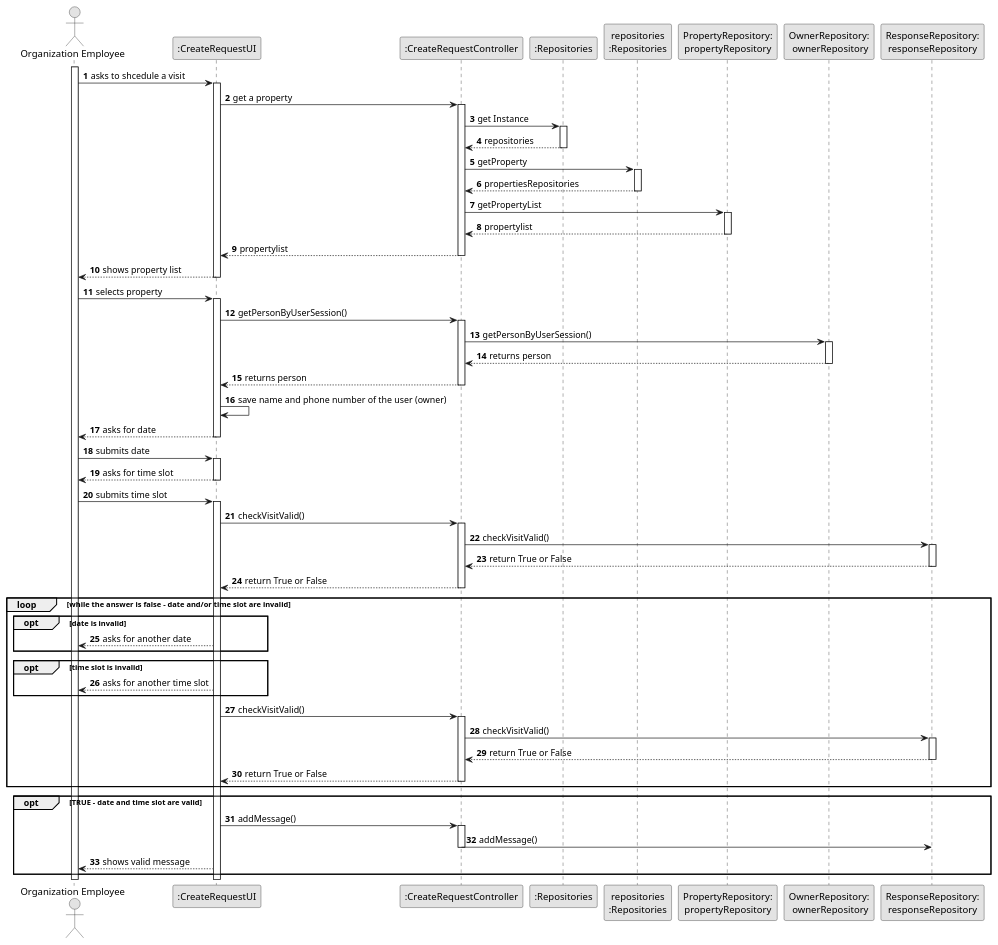
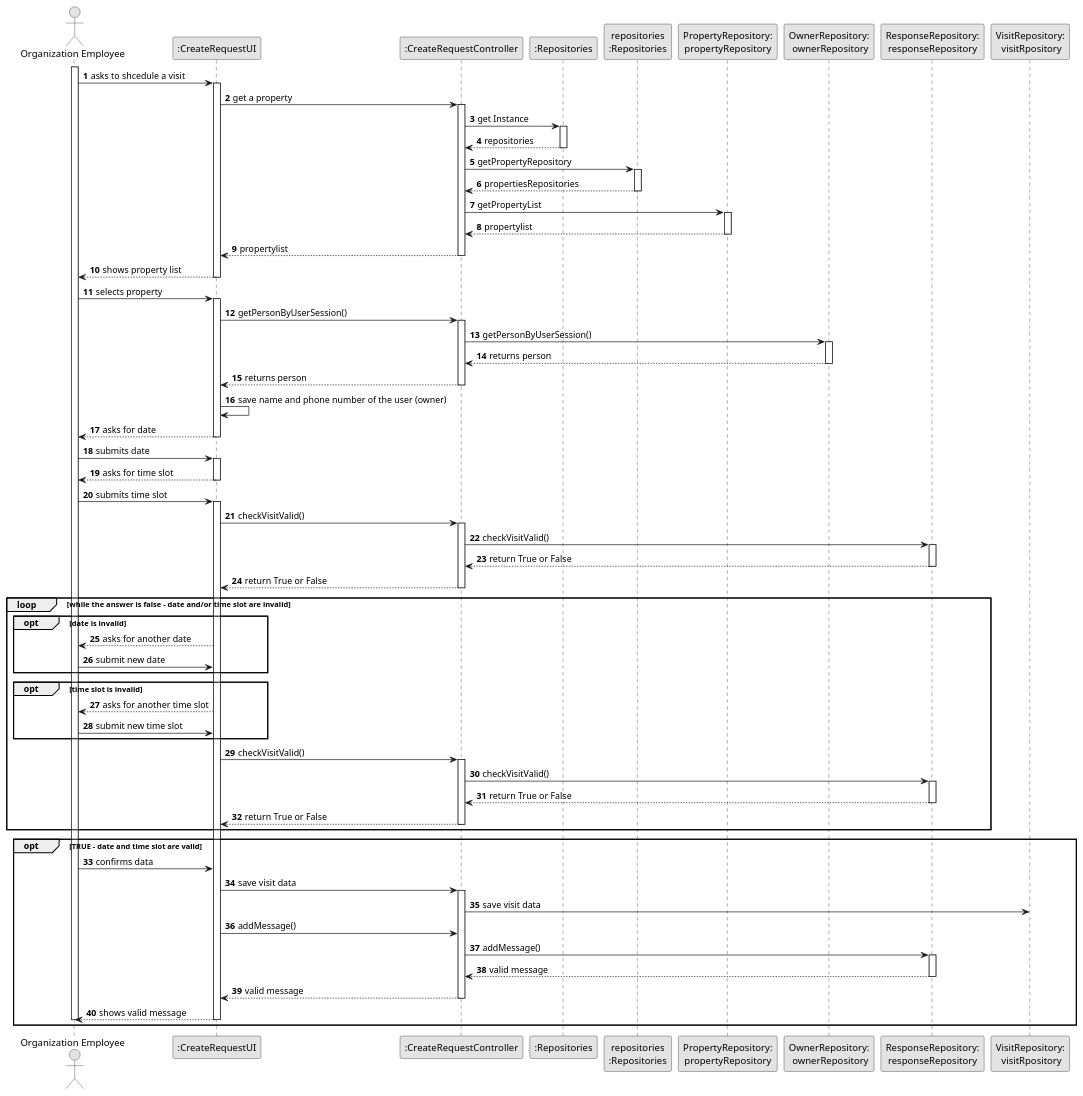
The diagram in docs/Sprint-C/US009/03.design/puml/us009-sequence-diagram-full.puml (Rodrick0209/ISEP-LAPR2-22-23), drawn with PlantUML before and after one commit. The commit also changed 18 other files, not shown here.

```diff
--- a/docs/Sprint-C/US009/03.design/puml/us009-sequence-diagram-full.puml
+++ b/docs/Sprint-C/US009/03.design/puml/us009-sequence-diagram-full.puml
@@ -1,124 +1,145 @@
 @startuml
 skinparam monochrome true
 skinparam packageStyle rectangle
 skinparam shadowing false
 
 autonumber
 
 'hide footbox
 actor "Organization Employee" as ADM
 participant ":CreateRequestUI" as UI
 participant ":CreateRequestController" as CTRL
 participant ":Repositories" as Rep
 participant "repositories\n:Repositories" as PLAT
 participant "PropertyRepository:\npropertyRepository" as PropRep
 participant "OwnerRepository:\n ownerRepository" as OwnRep
 participant "ResponseRepository:\nresponseRepository" as RespRep
+participant "VisitRepository:\n visitRpository" as VisRep
 
 activate ADM
 
         ADM -> UI : asks to shcedule a visit
         activate UI
 
         UI -> CTRL : get a property
-        activate CTRL
-        CTRL-> Rep : get Instance
-                activate Rep
-                Rep --> CTRL :repositories
-                deactivate Rep
+                               activate CTRL
+                               CTRL-> Rep : get Instance
+                                       activate Rep
+                               Rep --> CTRL :repositories
+                                       deactivate Rep
 
-        CTRL -> PLAT : getProperty
-                activate PLAT
-                PLAT--> CTRL : propertiesRepositories
-                deactivate PLAT
+                           CTRL -> PLAT : getPropertyRepository
+                                       activate PLAT
+                                       PLAT--> CTRL : propertiesRepositories
+                                       deactivate PLAT
 
-        CTRL -> PropRep : getPropertyList
-        activate PropRep
-        PropRep --> CTRL: propertylist
-        deactivate PropRep
+                               CTRL -> PropRep : getPropertyList
+                               activate PropRep
+                               PropRep --> CTRL: propertylist
+                               deactivate PropRep
 
-        CTRL --> UI : propertylist
-        deactivate CTRL
+                               CTRL --> UI : propertylist
+                               deactivate CTRL
 
         UI --> ADM : shows property list
         deactivate UI
 
 
     ADM -> UI :  selects property
     activate UI
 
     UI -> CTRL : getPersonByUserSession()
     activate CTRL
 
     CTRL -> OwnRep : getPersonByUserSession()
     activate OwnRep
 
     OwnRep --> CTRL : returns person
     deactivate OwnRep
 
     CTRL --> UI : returns person
     deactivate CTRL
 
     UI -> UI : save name and phone number of the user (owner)
 
     UI --> ADM : asks for date
     deactivate UI
 
     ADM -> UI :  submits date
     activate UI
 
     UI -->ADM : asks for time slot
     deactivate UI
 
     ADM -> UI : submits time slot
     activate UI
 
     UI -> CTRL : checkVisitValid()
         activate CTRL
 
     CTRL -> RespRep :  checkVisitValid()
     activate RespRep
 
     RespRep --> CTRL : return True or False
     deactivate RespRep
 
     CTRL --> UI : return True or False
     deactivate CTRL
 loop while the answer is false - date and/or time slot are invalid
 
 opt date is invalid
  UI --> ADM : asks for another date
+
+ ADM -> UI : submit new date
 end
 
 opt time slot is invalid
 UI --> ADM : asks for another time slot
+
+ADM -> UI : submit new time slot
 end
  UI -> CTRL : checkVisitValid()
         activate CTRL
 
     CTRL -> RespRep :  checkVisitValid()
     activate RespRep
 
     RespRep --> CTRL : return True or False
     deactivate RespRep
 
     CTRL --> UI : return True or False
     deactivate CTRL
 
 end
 
 opt TRUE - date and time slot are valid
 
+        ADM -> UI : confirms data
+
+        UI -> CTRL : save visit data
+        activate CTRL
+        CTRL -> VisRep : save visit data
+
+
         UI-> CTRL : addMessage()
-        activate CTRL
+
 
         CTRL -> RespRep : addMessage()
+
+        activate RespRep
+
+        RespRep --> CTRL: valid message
+        deactivate RespRep
+
+        CTRL --> UI: valid message
         deactivate CTRL
 
         UI --> ADM  : shows valid message
+        deactivate UI
+        deactivate ADM
 
-    end
+end
 
 
 
 @enduml
```
